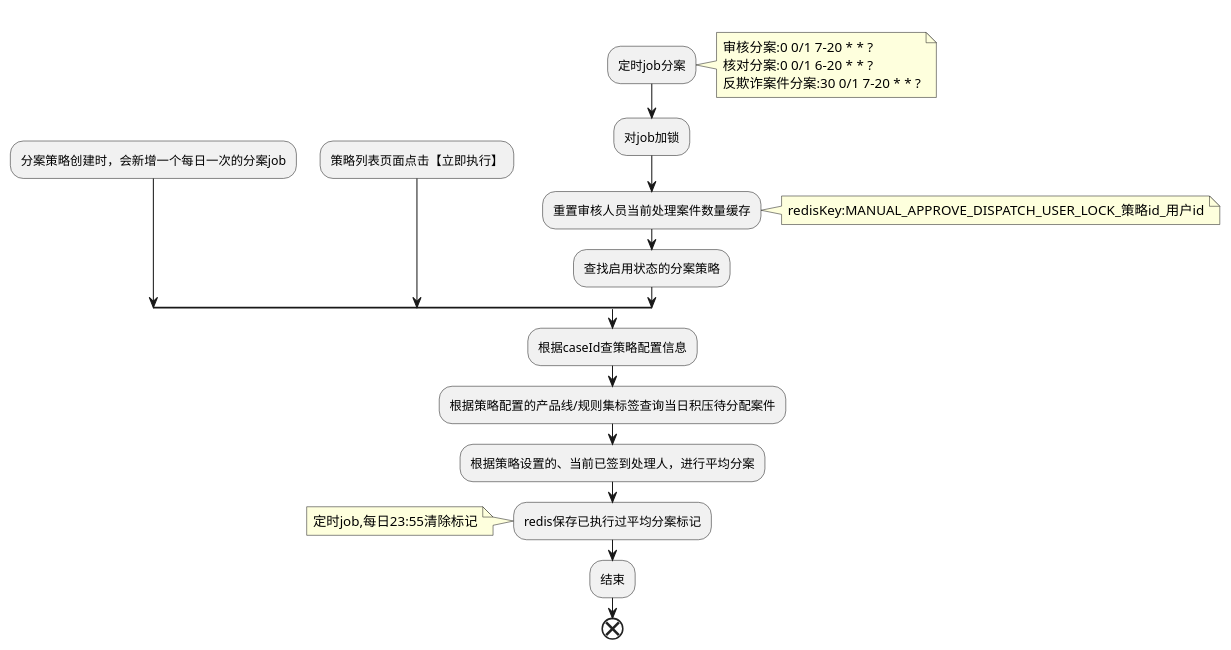
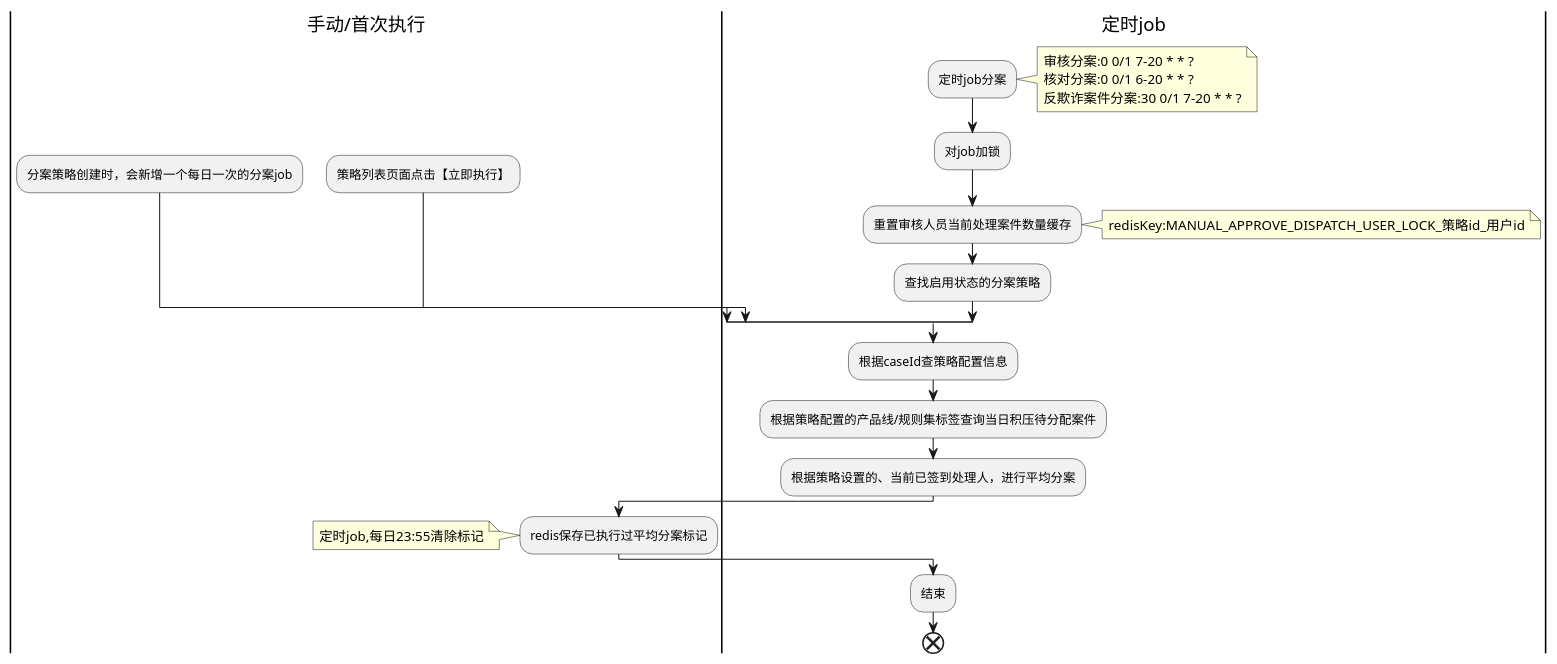
One commit to beareserve/plantuml changed the diagram in file/activity/电核分案流程.puml. Above: the diagram before and after it, drawn with PlantUML.

Commit message:
画图

```diff
--- a/file/activity/电核分案流程.puml
+++ b/file/activity/电核分案流程.puml
@@ -1,35 +1,39 @@
 @startuml
 
-|#red|初始表状态0【未进件】任务审核状态11【自动审批中】分案状态0【未分配】|
+|手动/首次执行|
 
 split
 -[hidden]->
 :分案策略创建时，会新增一个每日一次的分案job;
 split again
 -[hidden]->
 :策略列表页面点击【立即执行】;
+|定时job|
+
 split again
 -[hidden]->
 :定时job分案;
 note right
 审核分案:0 0/1 7-20 * * ?
 核对分案:0 0/1 6-20 * * ?
 反欺诈案件分案:30 0/1 7-20 * * ?
 end note
 :对job加锁;
 :重置审核人员当前处理案件数量缓存;
 note right
 redisKey:MANUAL_APPROVE_DISPATCH_USER_LOCK_策略id_用户id
 end note
 :查找启用状态的分案策略;
 end split
 :根据caseId查策略配置信息;
 :根据策略配置的产品线/规则集标签查询当日积压待分配案件;
 :根据策略设置的、当前已签到处理人，进行平均分案;
+|手动/首次执行|
 :redis保存已执行过平均分案标记;
 	note left
 	定时job,每日23:55清除标记
 	end note
+	|定时job|
 :结束;
 end
 @enduml
```
